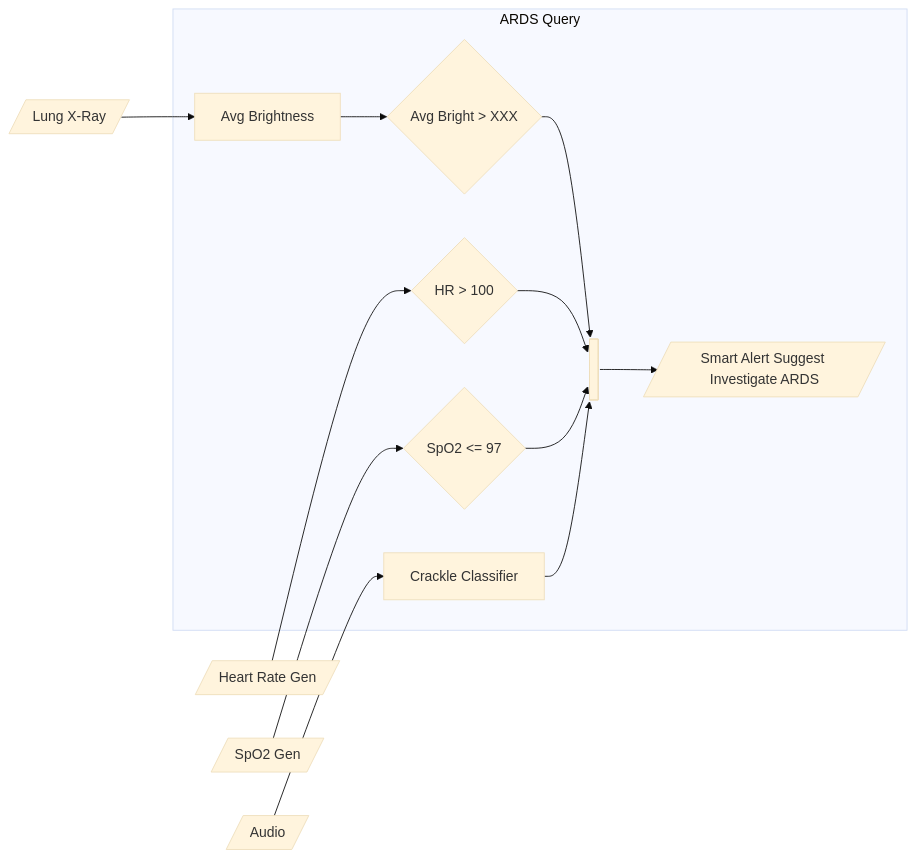
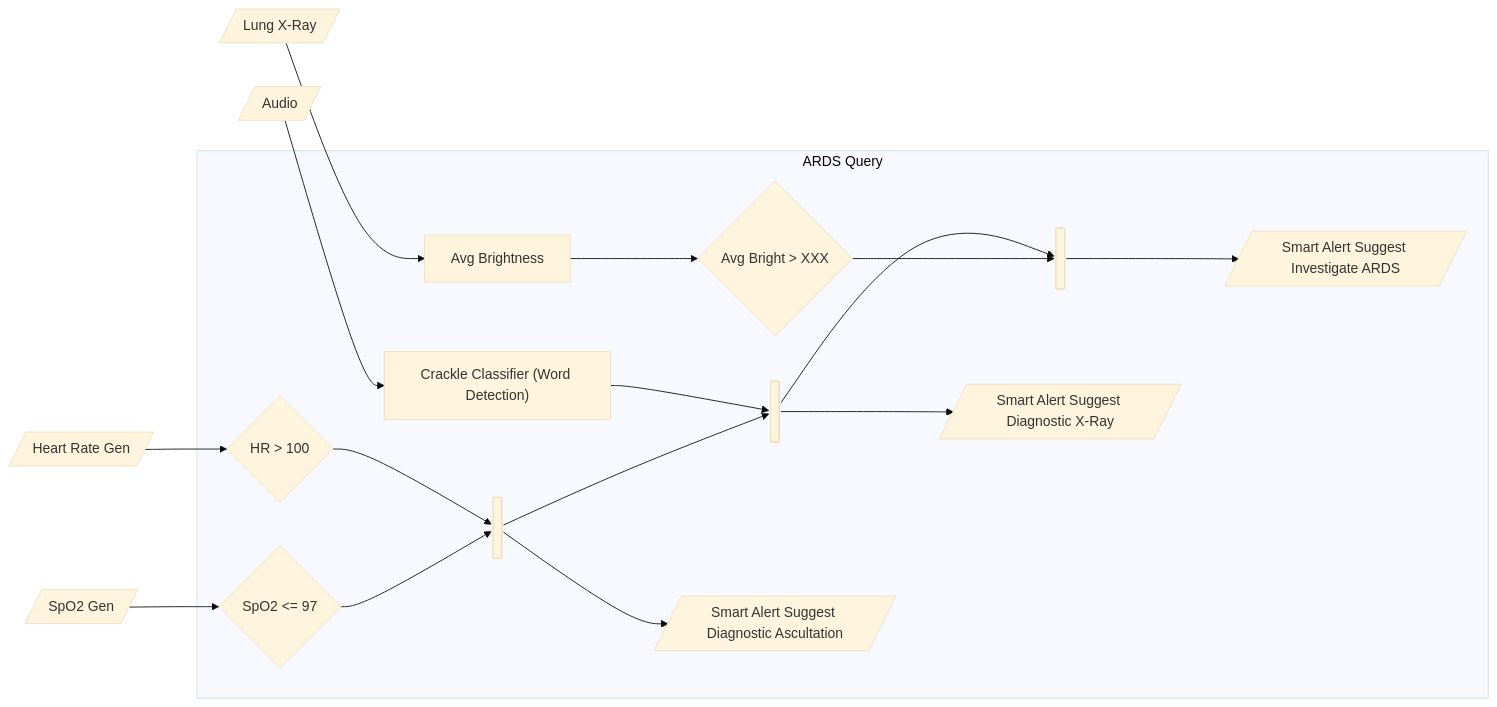
The second of 3 diagrams in README.md (nebulastream/SIGMOD25-demo), drawn with Mermaid (base theme) before and after one commit.

Commit message:
add intermediate smart alerts for ARDS

````diff
--- a/README.md
+++ b/README.md
@@ -44,34 +44,40 @@
 ```mermaid
 
 %% ARDS Example
 
 graph LR;
 %% Define sources
     HR@{shape: in-out, label: "Heart Rate Gen"}
     SpO2@{shape: in-out, label: "SpO2 Gen"}
     Audio@{shape: in-out, label: "Audio"}
     LungXRay@{shape: in-out, label: "Lung X-Ray"}
 
 
 %% Query ARDS
     subgraph ARDS Query
         dTachy@{shape: diamond, label: "HR > 100"}
         dHypox@{shape: diamond, label: "SpO2 <= 97"}
-        dCrackle@{shape: proc, label: "Crackle Classifier"}
+        dCrackle@{shape: proc, label: "Crackle Classifier (Word Detection)"}
         pLungBright@{shape: proc, label: "Avg Brightness"}
         dLungBright@{shape: diamond, label: "Avg Bright > XXX"}
+        jSuggestAscultation@{shape: join, label: "Join ARDS Symptoms Ascul"}
+        jSuggestXRay@{shape: join, label: "Join ARDS Symptoms XRay"}
         jARDS@{shape: join, label: "Join ARDS Symptoms"}
-        dTachy --> jARDS
-        dHypox --> jARDS
-        dCrackle --> jARDS
-        jARDS --> AlertSuggestXRay@{shape: in-out, label: "Smart Alert Suggest Investigate ARDS"}
+        dTachy --> jSuggestAscultation
+        dHypox --> jSuggestAscultation
+        jSuggestAscultation --> AlertSuggestAscultation@{shape: in-out, label: "Smart Alert Suggest Diagnostic Ascultation"}
+        dCrackle --> jSuggestXRay
+        jSuggestAscultation --> jSuggestXRay
+        jSuggestXRay --> jARDS
+        jSuggestXRay --> AlertSuggestXRay@{shape: in-out, label: "Smart Alert Suggest Diagnostic X-Ray"}
+        jARDS --> AlertSuggestARDS@{shape: in-out, label: "Smart Alert Suggest Investigate ARDS"}
         pLungBright --> dLungBright --> jARDS
     end
 
     HR --> dTachy
     SpO2 --> dHypox
     Audio --> dCrackle
     LungXRay --> pLungBright 
 
 
 ```
````
